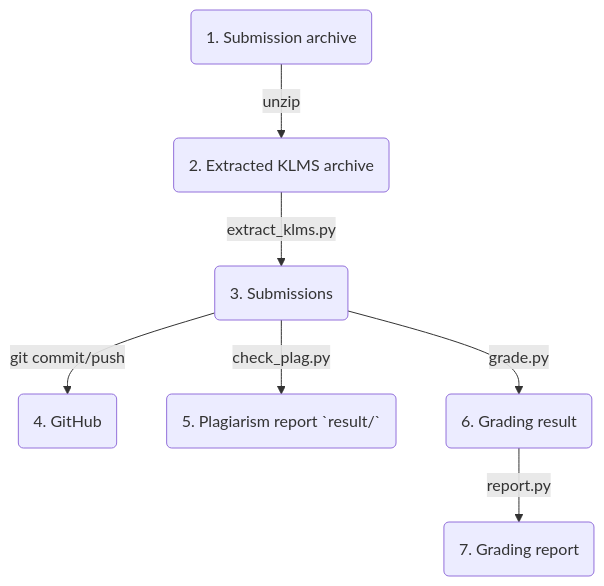
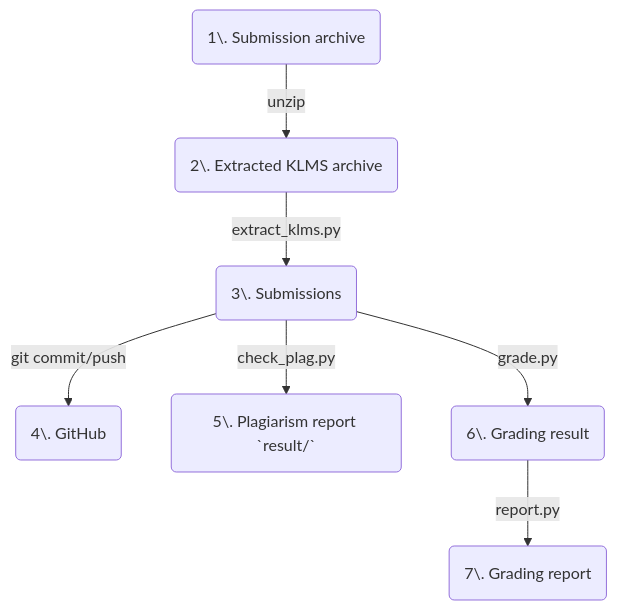
One commit to Pusnow/pusnow changed the diagram in content/note/kens-renewal-part3.md. Above: the diagram before and after it, drawn with Mermaid.

````diff
--- a/content/note/kens-renewal-part3.md
+++ b/content/note/kens-renewal-part3.md
@@ -43,9 +43,9 @@
 ```mermaid
 flowchart TB
-    klms(1. Submission archive) -- unzip --> klms_extracted
-    klms_extracted(2. Extracted KLMS archive) -- extract_klms.py --> submissions
-    submissions(3. Submissions) -- git commit/push --> github(4. GitHub)
-    submissions -- check_plag.py --> plagiarism_report(5. Plagiarism report `result/`)
+    klms(1\. Submission archive) -- unzip --> klms_extracted
+    klms_extracted(2\. Extracted KLMS archive) -- extract_klms.py --> submissions
+    submissions(3\. Submissions) -- git commit/push --> github(4\. GitHub)
+    submissions -- check_plag.py --> plagiarism_report(5\. Plagiarism report `result/`)
     submissions -- grade.py --> grading_result
-    grading_result(6. Grading result) -- report.py --> report(7. Grading report)
+    grading_result(6\. Grading result) -- report.py --> report(7\. Grading report)
 ```
````
